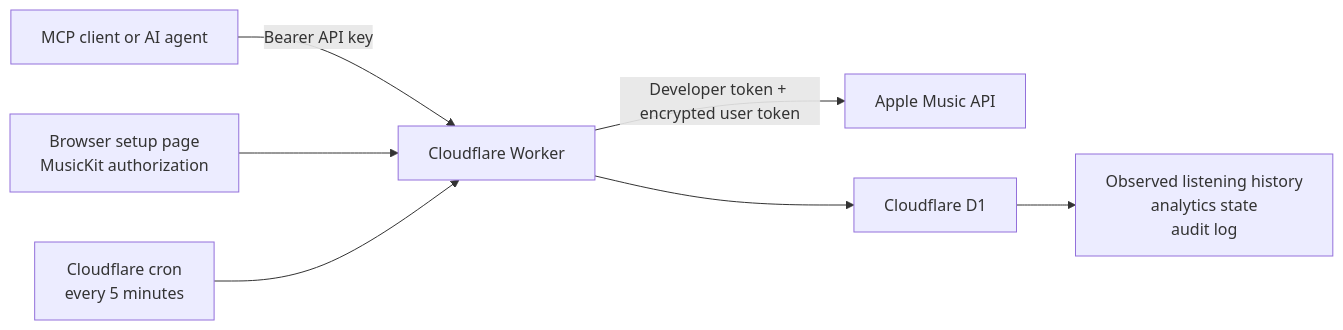
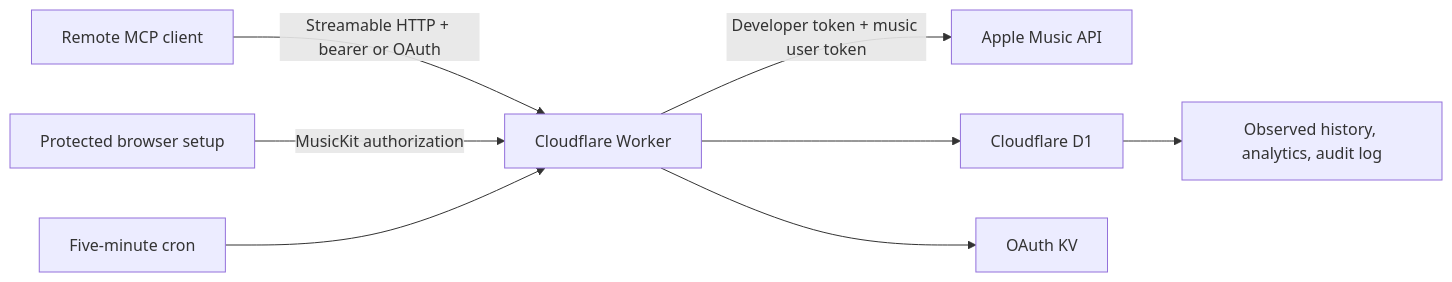
The diagram in README.md (jordanlein/apple-music-mcp), drawn with Mermaid before and after one commit. The commit also changed other lines of this file and 18 other files, not shown here.

Commit message:
Harden remote MCP deployment and documentation

````diff
--- a/README.md
+++ b/README.md
@@ -22,9 +19,10 @@
 ```mermaid
 flowchart LR
-    Client["MCP client or AI agent"] -->|"Bearer API key"| Worker["Cloudflare Worker"]
-    Worker -->|"Developer token + encrypted user token"| Apple["Apple Music API"]
+    Client["Remote MCP client"] -->|"Streamable HTTP + bearer or OAuth"| Worker["Cloudflare Worker"]
+    Setup["Protected browser setup"] -->|"MusicKit authorization"| Worker
+    Worker -->|"Developer token + music user token"| Apple["Apple Music API"]
     Worker --> D1["Cloudflare D1"]
-    Setup["Browser setup page<br/>MusicKit authorization"] --> Worker
-    Cron["Cloudflare cron<br/>every 5 minutes"] --> Worker
-    D1 --> History["Observed listening history<br/>analytics state<br/>audit log"]
+    Worker --> KV["OAuth KV"]
+    Cron["Five-minute cron"] --> Worker
+    D1 --> Data["Observed history, analytics, audit log"]
 ```
````
